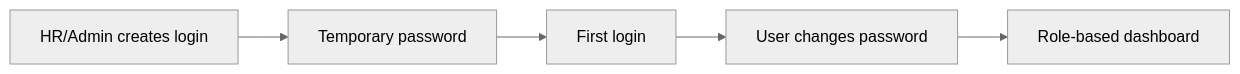
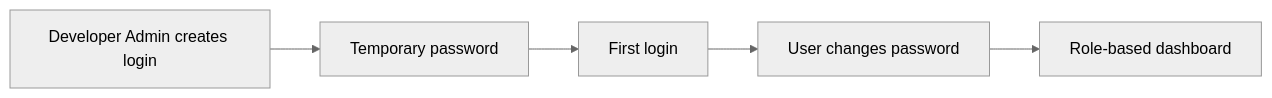
The second of 3 diagrams in README.md (Sameerreddy-ATD/Atd-Hrms), drawn with Mermaid (neutral theme) before and after one commit. The commit also changed other lines of this file and 31 other files, not shown here.

````diff
--- a/README.md
+++ b/README.md
@@ -140,7 +143,7 @@
 ```mermaid
 flowchart LR
-  HR["HR/Admin creates login"] --> Temp["Temporary password"]
+  HR["Developer Admin creates login"] --> Temp["Temporary password"]
   Temp --> FirstLogin["First login"]
   FirstLogin --> Password["User changes password"]
   Password --> Dashboard["Role-based dashboard"]
 ```
````
